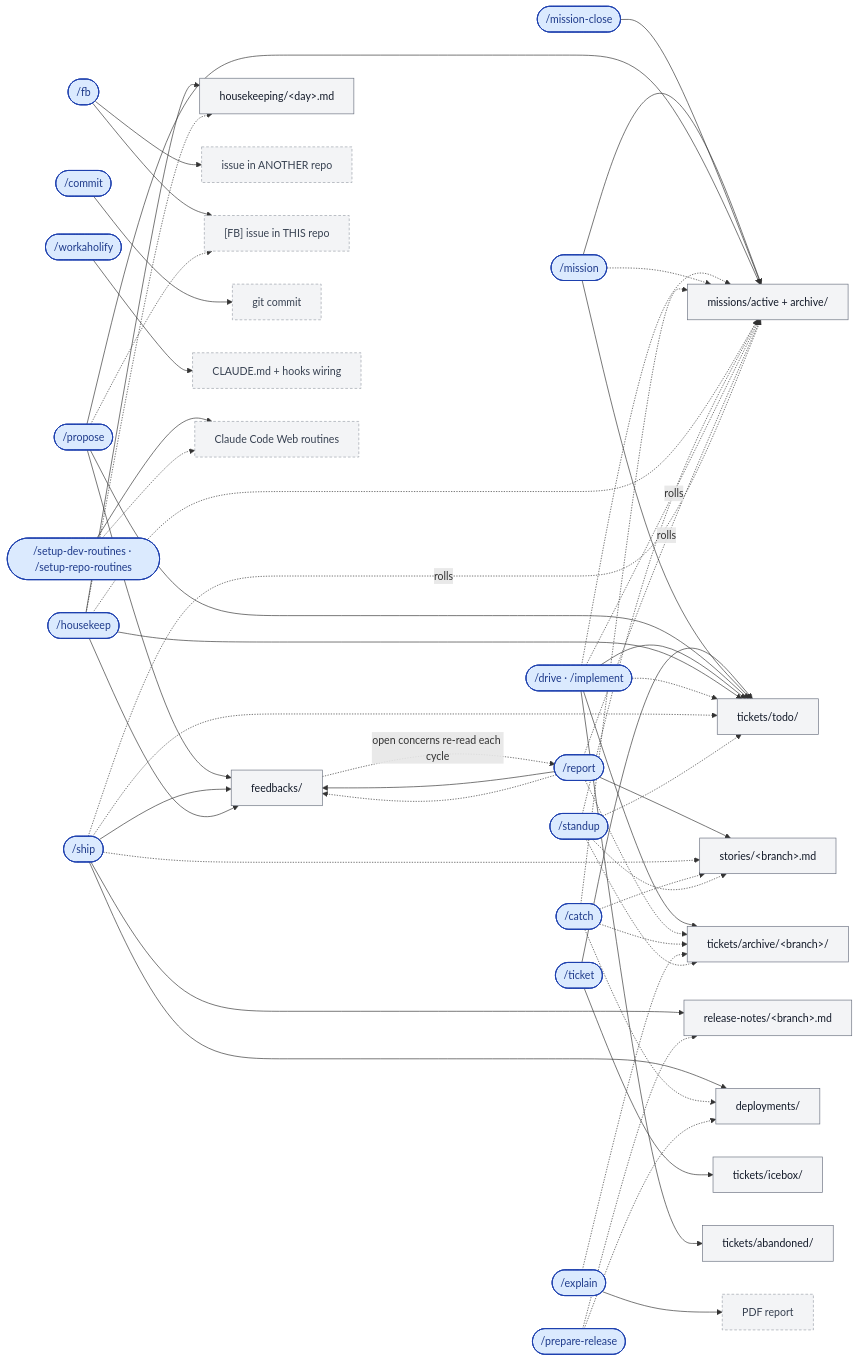
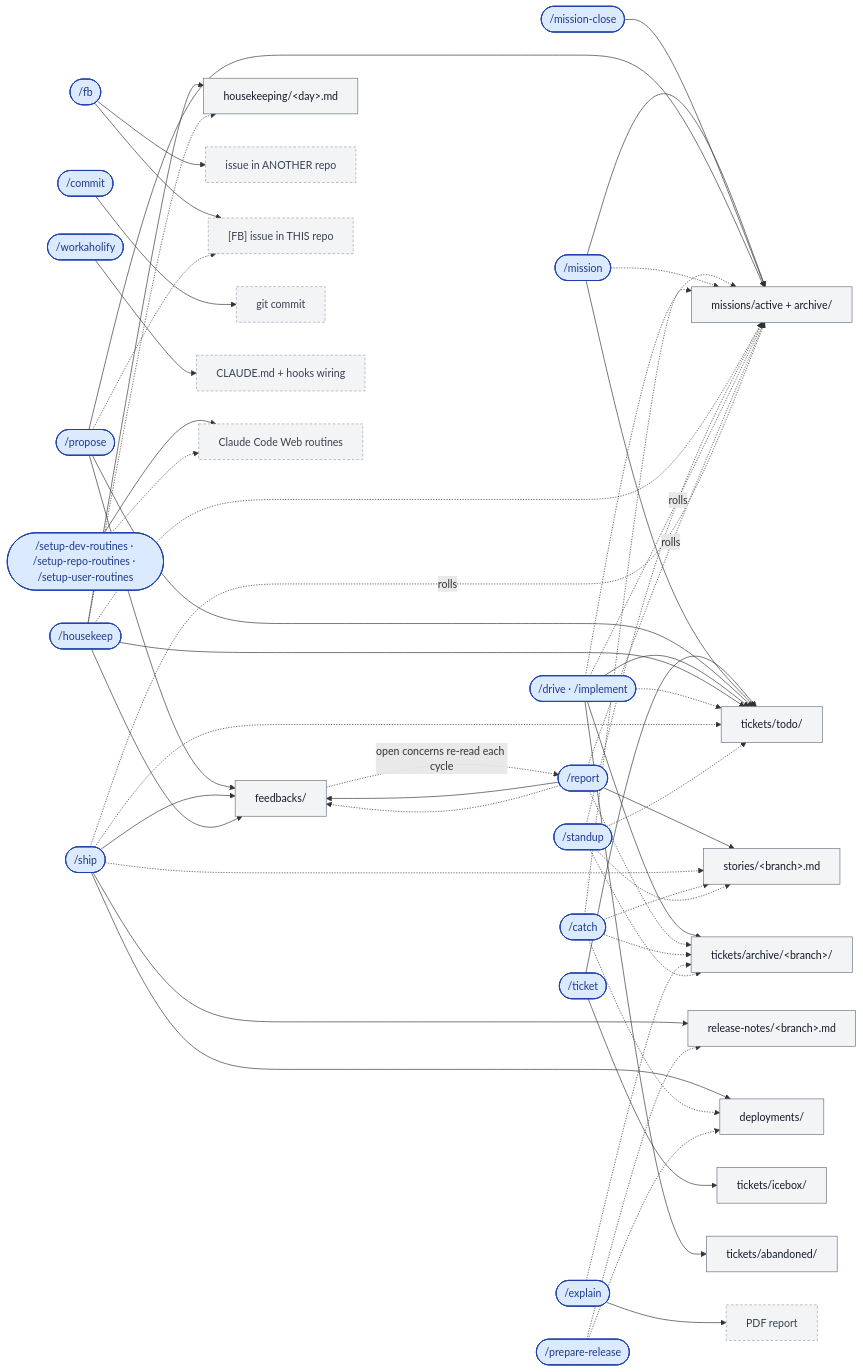
Before and after one commit to qmu/workaholic: the fourth of 5 diagrams in README.md, drawn with Mermaid. The commit also changed other lines of this file and 10 other files, not shown here.

```diff
--- a/README.md
+++ b/README.md
@@ -317,7 +318,7 @@
   commit(["/commit"])
   explain(["/explain"])
   workaholify(["/workaholify"])
-  setuproutines(["/setup-dev-routines · /setup-repo-routines"])
+  setuproutines(["/setup-dev-routines · /setup-repo-routines · /setup-user-routines"])
   releasestatus(["/prepare-release"])
   standup(["/standup"])
   housekeep(["/housekeep"])
```
